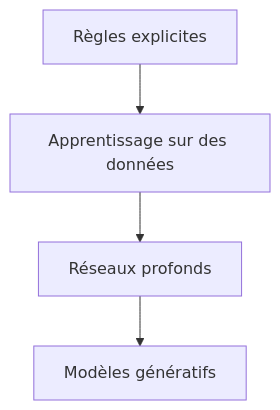
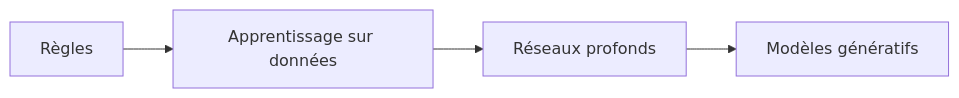
The diagram in teaching/visuals/s01/fr/evolution.mmd (Ange230700/ibm-ai-foundations-for-everyone-notes), drawn with Mermaid before and after one commit. The commit also changed 54 other files, not shown here.

Commit message:
fix(presentations): improve teaching diagram legibility

```diff
--- a/teaching/visuals/s01/fr/evolution.mmd
+++ b/teaching/visuals/s01/fr/evolution.mmd
@@ -1,4 +1,4 @@
-flowchart TB
- A["Règles explicites"] --> B["Apprentissage sur des données"]
+flowchart LR
+ A["Règles"] --> B["Apprentissage sur données"]
  B --> C["Réseaux profonds"]
  C --> D["Modèles génératifs"]
```
